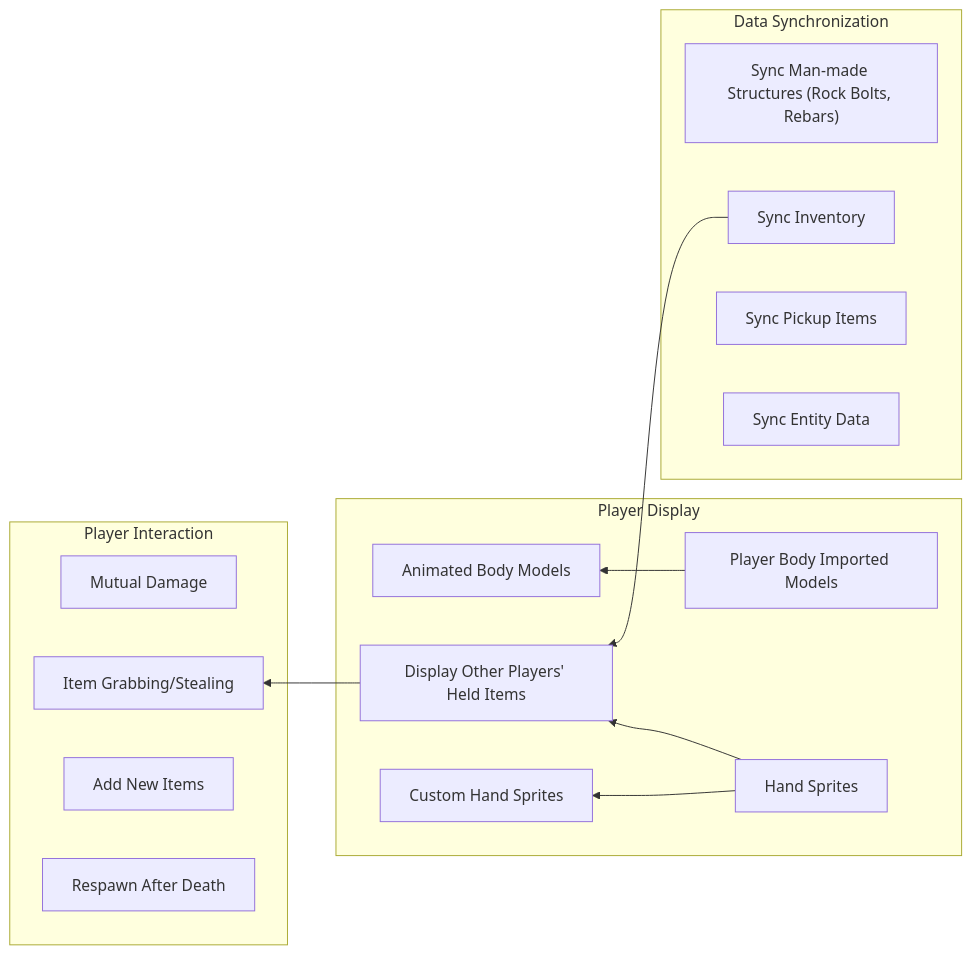
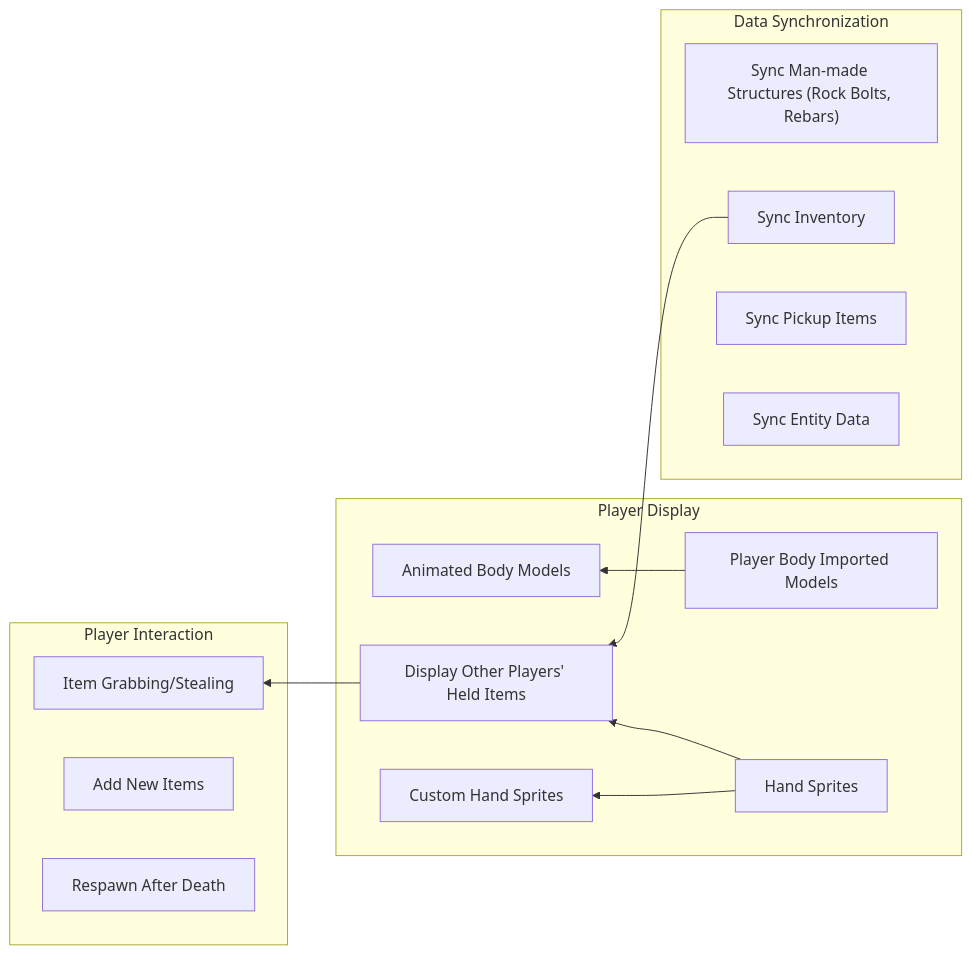
One commit to PotatoeShaman/WKMultiMod changed the diagram in README.md. Above: the diagram before and after it, drawn with Mermaid. The commit also changed 1 other file, not shown here.

Commit message:
更改README.md

````diff
--- a/README.md
+++ b/README.md
@@ -24,34 +24,33 @@
 ```mermaid
 graph RL
     %% Module 1: Player Display
     subgraph Player Display
         1a[Hand Sprites]
         1b[Player Body Imported Models]
         1c[Animated Body Models]
         1d[Display Other Players' Held Items]
         1e[Custom Hand Sprites]
     end
 
     %% Module 2: Player Interaction
     subgraph Player Interaction
-        2a[Mutual Damage]
         2b[Item Grabbing/Stealing]
         2c[Add New Items]
         2e[Respawn After Death]
     end
 
     %% Module 3: Data Synchronization
     subgraph Data Synchronization
         3a["Sync Man-made Structures (Rock Bolts, Rebars)"]
         3b[Sync Inventory]
         3c[Sync Pickup Items]
         3e[Sync Entity Data]
     end
 
     %% Dependency Connections (cross-module and within modules)
     1a --> 1e
     1b --> 1c
     3b --> 1d
     1a --> 1d
     1d --> 2b
 ```
````
